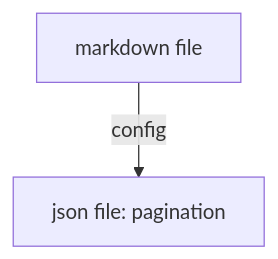
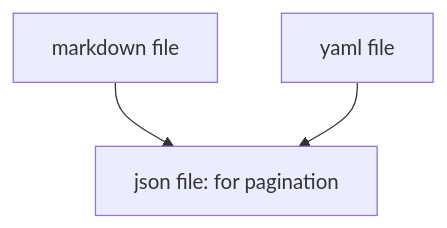
Before and after one commit to candywater/md-doc-generator: the second of 4 diagrams in readme.md, drawn with Mermaid. The commit also changed other lines of this file, not shown here.

````diff
--- a/readme.md
+++ b/readme.md
@@ -38,4 +40,4 @@
 ```mermaid
 graph TD;
-  md[markdown file]--config-->json[json file: pagination]
+  md[markdown file] & config[yaml file]-->json[json file: for pagination];
 ```
````
